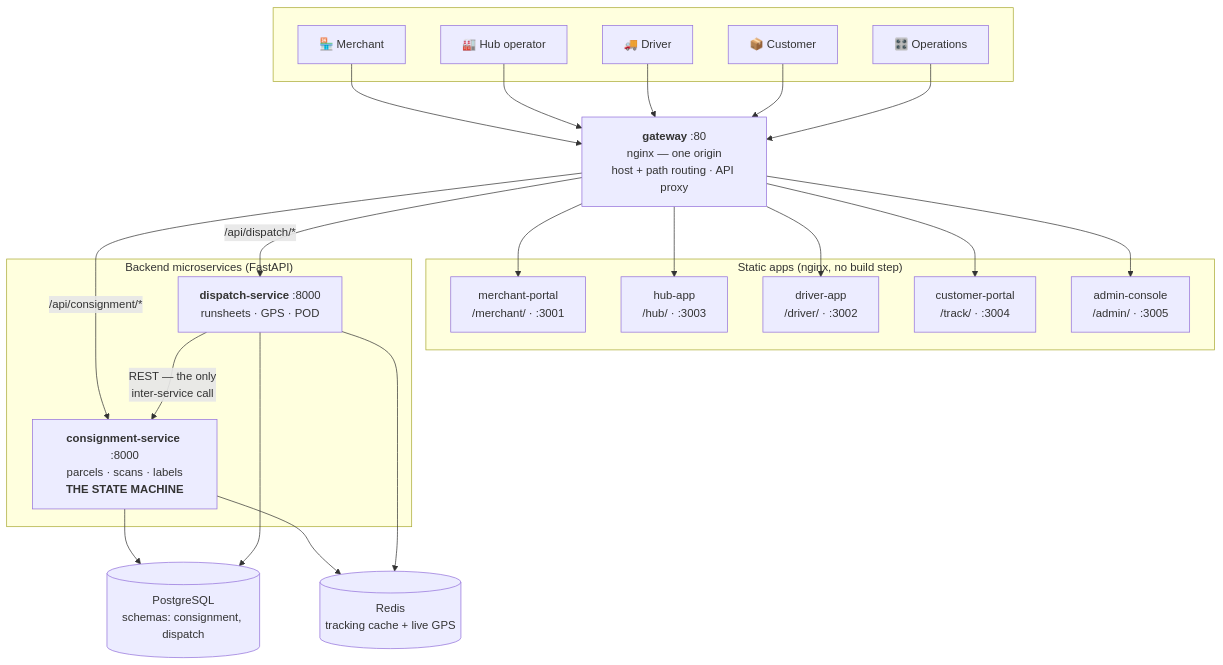
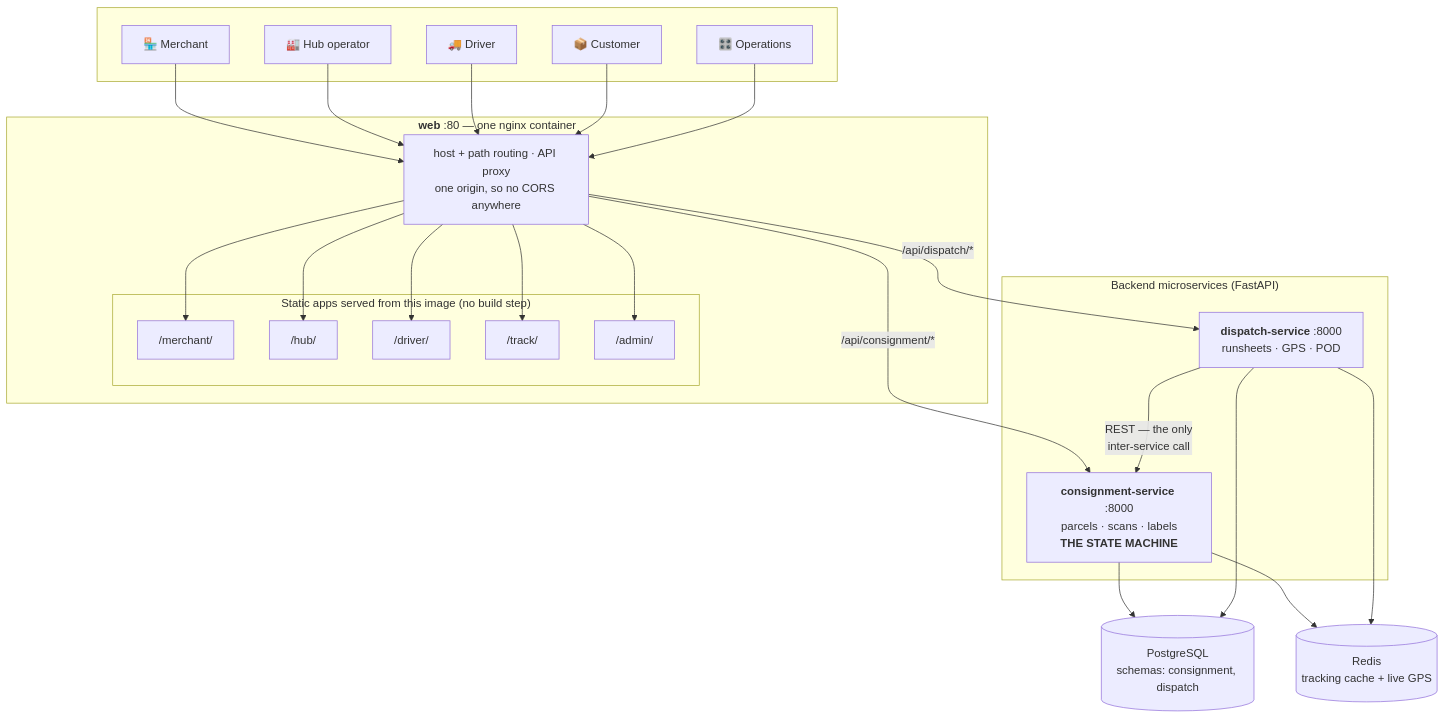
One commit to shashu775/fleetpulse changed the first of 10 diagrams in docs/FleetPulse-Architecture.md. Above: the diagram before and after it, drawn with Mermaid. The commit also changed other lines of this file and 49 other files, not shown here.

````diff
--- a/docs/FleetPulse-Architecture.md
+++ b/docs/FleetPulse-Architecture.md
@@ -29,43 +30,44 @@
 ```mermaid
 flowchart TB
     subgraph USERS[" "]
         M["🏪 Merchant"]
         H["🏭 Hub operator"]
         D["🚚 Driver"]
         C["📦 Customer"]
         O["🎛️ Operations"]
     end
 
-    GW["<b>gateway</b> :80<br/>nginx — one origin<br/>host + path routing · API proxy"]
+    subgraph GWB["<b>web</b> :80 — one nginx container"]
+        GW["host + path routing · API proxy<br/>one origin, so no CORS anywhere"]
+        subgraph APPS["Static apps served from this image (no build step)"]
+            MP["/merchant/"]
+            HA["/hub/"]
+            DA["/driver/"]
+            CP["/track/"]
+            AC["/admin/"]
+        end
+    end
 
     M --> GW
     H --> GW
     D --> GW
     C --> GW
     O --> GW
-
-    subgraph APPS["Static apps (nginx, no build step)"]
-        MP["merchant-portal<br/>/merchant/ · :3001"]
-        HA["hub-app<br/>/hub/ · :3003"]
-        DA["driver-app<br/>/driver/ · :3002"]
-        CP["customer-portal<br/>/track/ · :3004"]
-        AC["admin-console<br/>/admin/ · :3005"]
-    end
 
     GW --> MP & HA & DA & CP & AC
 
     subgraph SVC["Backend microservices (FastAPI)"]
         CS["<b>consignment-service</b> :8000<br/>parcels · scans · labels<br/><b>THE STATE MACHINE</b>"]
         DS["<b>dispatch-service</b> :8000<br/>runsheets · GPS · POD"]
     end
 
     GW -->|"/api/consignment/*"| CS
     GW -->|"/api/dispatch/*"| DS
     DS -->|"REST — the only<br/>inter-service call"| CS
 
     PG[("PostgreSQL<br/>schemas: consignment, dispatch")]
     RD[("Redis<br/>tracking cache + live GPS")]
 
     CS --> PG & RD
     DS --> PG & RD
 ```
````
